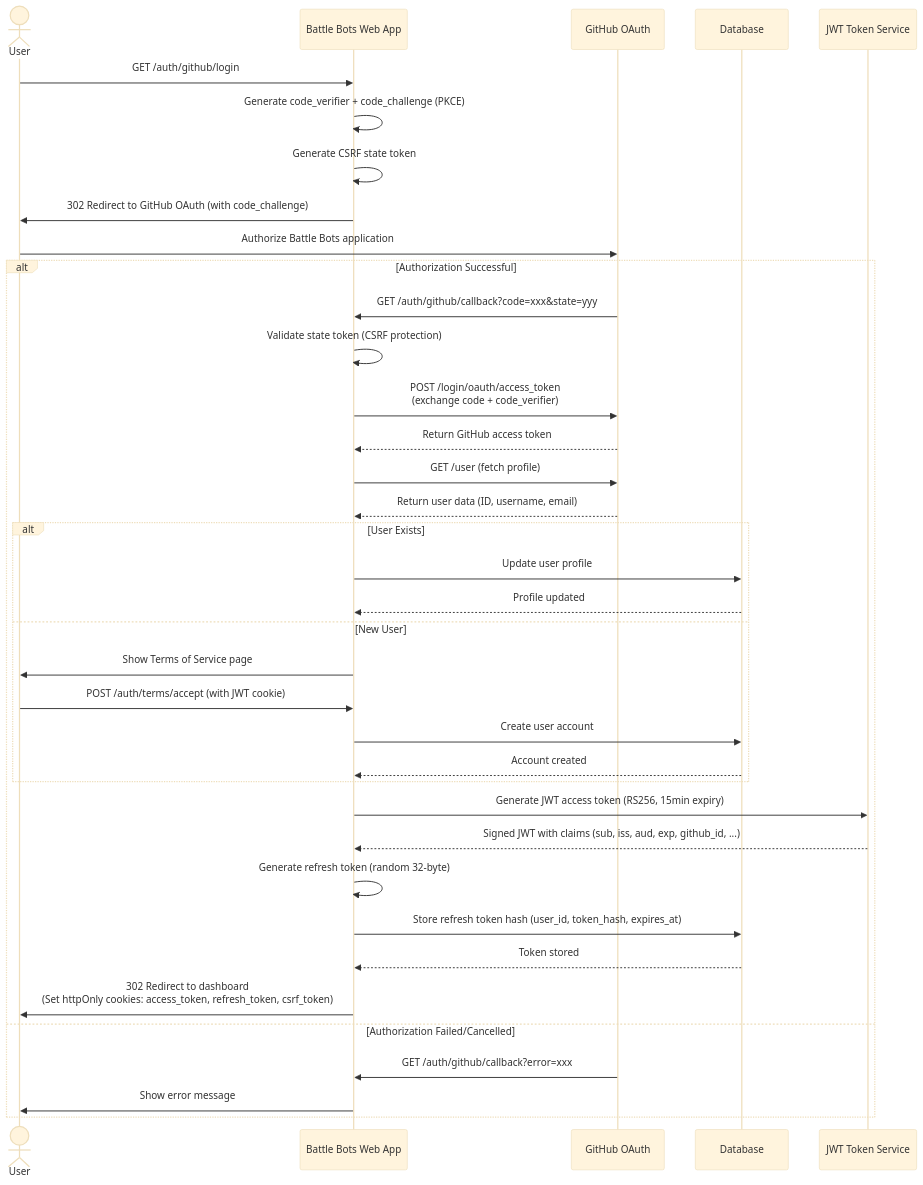
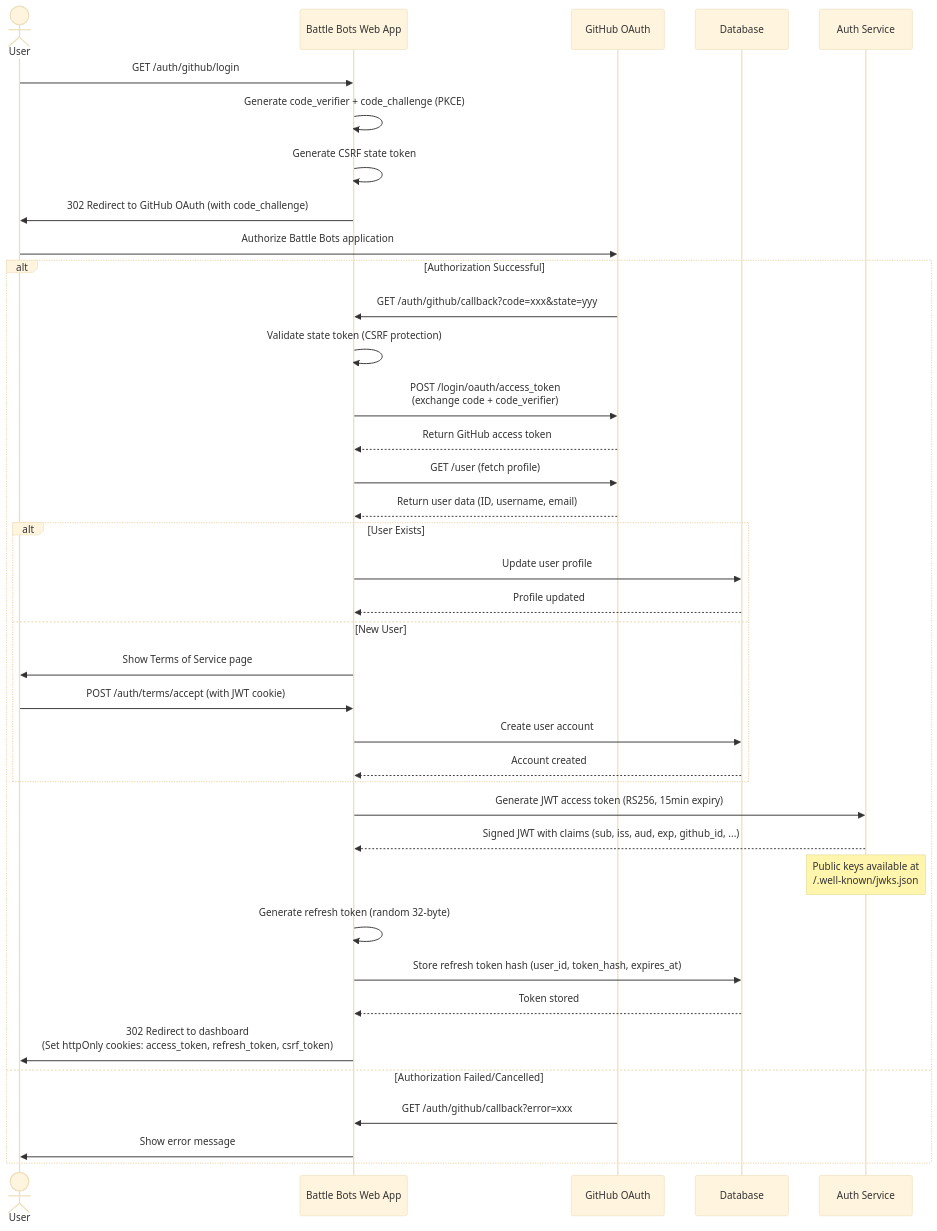
Before and after one commit to z5labs/battlebots: the second of 12 diagrams in docs/content/r&d/adrs/0002-user-registration-via-github-oauth.md, drawn with Mermaid (base theme). The commit also changed other lines of this file, not shown here.

Commit message:
docs(issue-132): use jwks

````diff
--- a/docs/content/r&d/adrs/0002-user-registration-via-github-oauth.md
+++ b/docs/content/r&d/adrs/0002-user-registration-via-github-oauth.md
@@ -174,44 +182,45 @@
 ```mermaid
 sequenceDiagram
     actor User
     participant WebApp as Battle Bots Web App
     participant GitHub as GitHub OAuth
     participant DB as Database
-    participant JWT as JWT Token Service
+    participant AuthSvc as Auth Service
 
     User->>WebApp: GET /auth/github/login
     WebApp->>WebApp: Generate code_verifier + code_challenge (PKCE)
     WebApp->>WebApp: Generate CSRF state token
     WebApp->>User: 302 Redirect to GitHub OAuth (with code_challenge)
     User->>GitHub: Authorize Battle Bots application
 
     alt Authorization Successful
         GitHub->>WebApp: GET /auth/github/callback?code=xxx&state=yyy
         WebApp->>WebApp: Validate state token (CSRF protection)
         WebApp->>GitHub: POST /login/oauth/access_token<br/>(exchange code + code_verifier)
         GitHub-->>WebApp: Return GitHub access token
         WebApp->>GitHub: GET /user (fetch profile)
         GitHub-->>WebApp: Return user data (ID, username, email)
 
         alt User Exists
             WebApp->>DB: Update user profile
             DB-->>WebApp: Profile updated
         else New User
             WebApp->>User: Show Terms of Service page
             User->>WebApp: POST /auth/terms/accept (with JWT cookie)
             WebApp->>DB: Create user account
             DB-->>WebApp: Account created
         end
 
-        WebApp->>JWT: Generate JWT access token (RS256, 15min expiry)
-        JWT-->>WebApp: Signed JWT with claims (sub, iss, aud, exp, github_id, ...)
+        WebApp->>AuthSvc: Generate JWT access token (RS256, 15min expiry)
+        AuthSvc-->>WebApp: Signed JWT with claims (sub, iss, aud, exp, github_id, ...)
+        Note over AuthSvc: Public keys available at<br/>/.well-known/jwks.json
         WebApp->>WebApp: Generate refresh token (random 32-byte)
         WebApp->>DB: Store refresh token hash (user_id, token_hash, expires_at)
         DB-->>WebApp: Token stored
         WebApp->>User: 302 Redirect to dashboard<br/>(Set httpOnly cookies: access_token, refresh_token, csrf_token)
 
     else Authorization Failed/Cancelled
         GitHub->>WebApp: GET /auth/github/callback?error=xxx
         WebApp->>User: Show error message
     end
 ```
````
